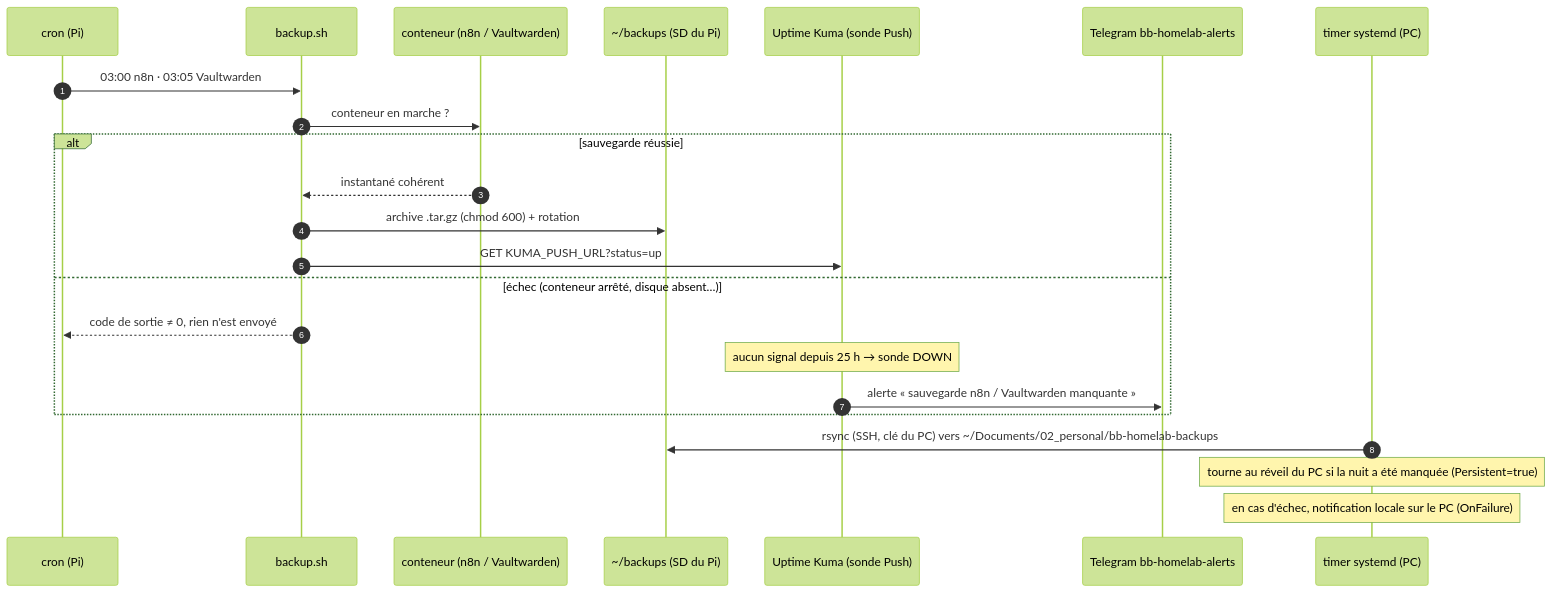
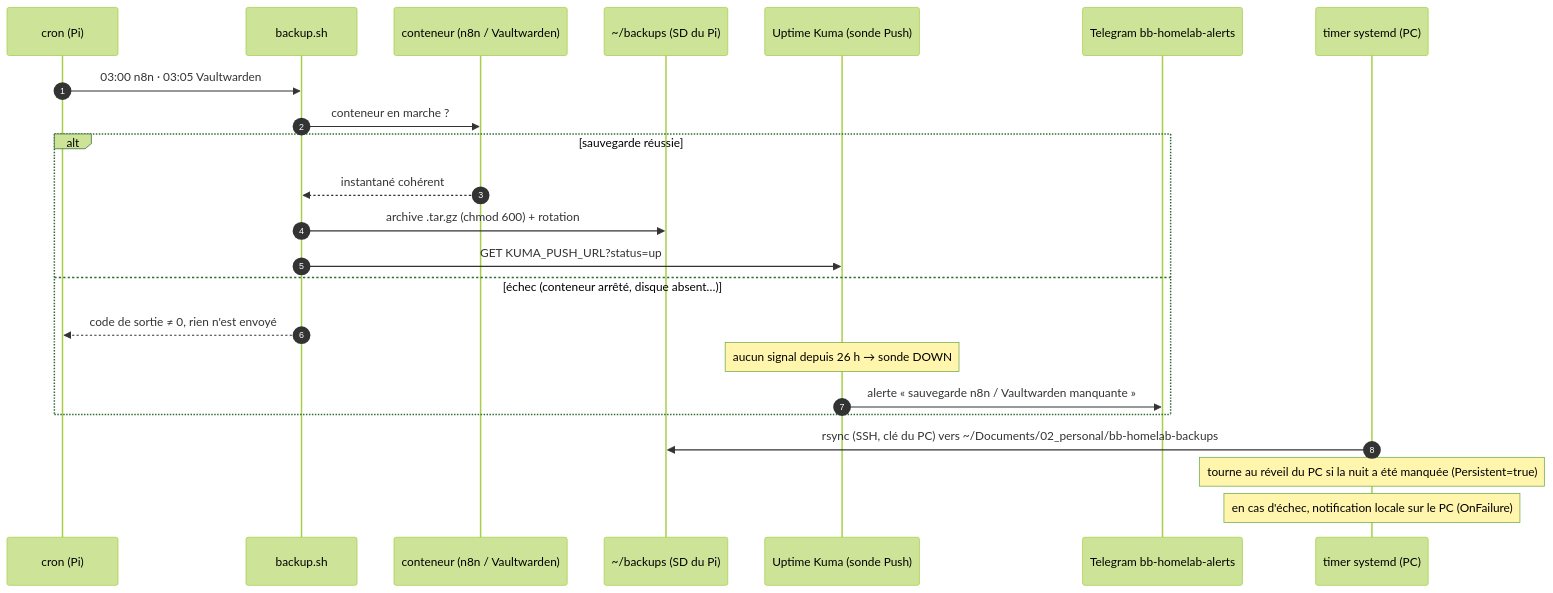
Before and after one commit to benoit-bremaud/bb-homelab: the diagram in docs/architecture/diagrams/backup/01-sequence.md, drawn with Mermaid (forest theme). The commit also changed 3 other files, not shown here.

````diff
--- a/docs/architecture/diagrams/backup/01-sequence.md
+++ b/docs/architecture/diagrams/backup/01-sequence.md
@@ -21,26 +21,26 @@
 ```mermaid
 sequenceDiagram
   autonumber
   participant cron as cron (Pi)
   participant bk as backup.sh
   participant ct as conteneur (n8n / Vaultwarden)
   participant sd as ~/backups (SD du Pi)
   participant kuma as Uptime Kuma (sonde Push)
   participant tg as Telegram bb-homelab-alerts
   participant pc as timer systemd (PC)
 
   cron->>bk: 03:00 n8n · 03:05 Vaultwarden
   bk->>ct: conteneur en marche ?
   alt sauvegarde réussie
     ct-->>bk: instantané cohérent
     bk->>sd: archive .tar.gz (chmod 600) + rotation
     bk->>kuma: GET KUMA_PUSH_URL?status=up
   else échec (conteneur arrêté, disque absent…)
     bk-->>cron: code de sortie ≠ 0, rien n'est envoyé
-    Note over kuma: aucun signal depuis 25 h → sonde DOWN
+    Note over kuma: aucun signal depuis 26 h → sonde DOWN
     kuma->>tg: alerte « sauvegarde n8n / Vaultwarden manquante »
   end
   pc->>sd: rsync (SSH, clé du PC) vers ~/Documents/02_personal/bb-homelab-backups
   Note over pc: tourne au réveil du PC si la nuit a été manquée (Persistent=true)
   Note over pc: en cas d'échec, notification locale sur le PC (OnFailure)
 ```
````
